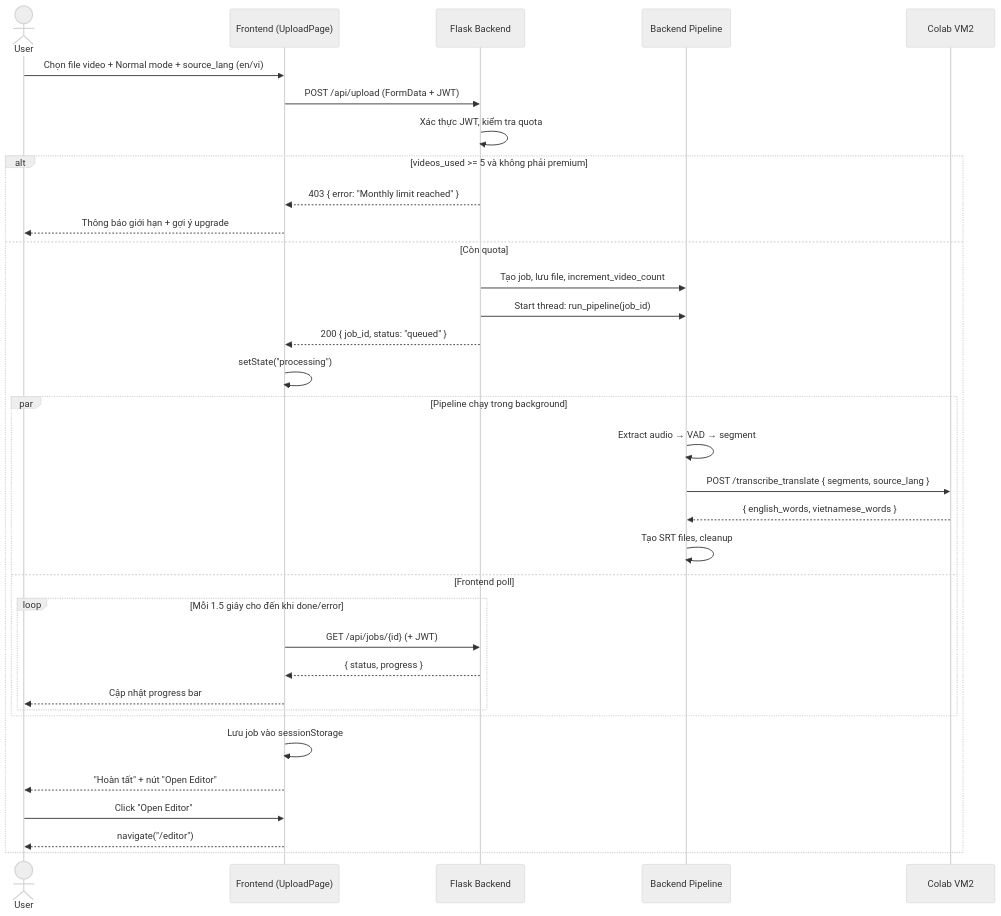
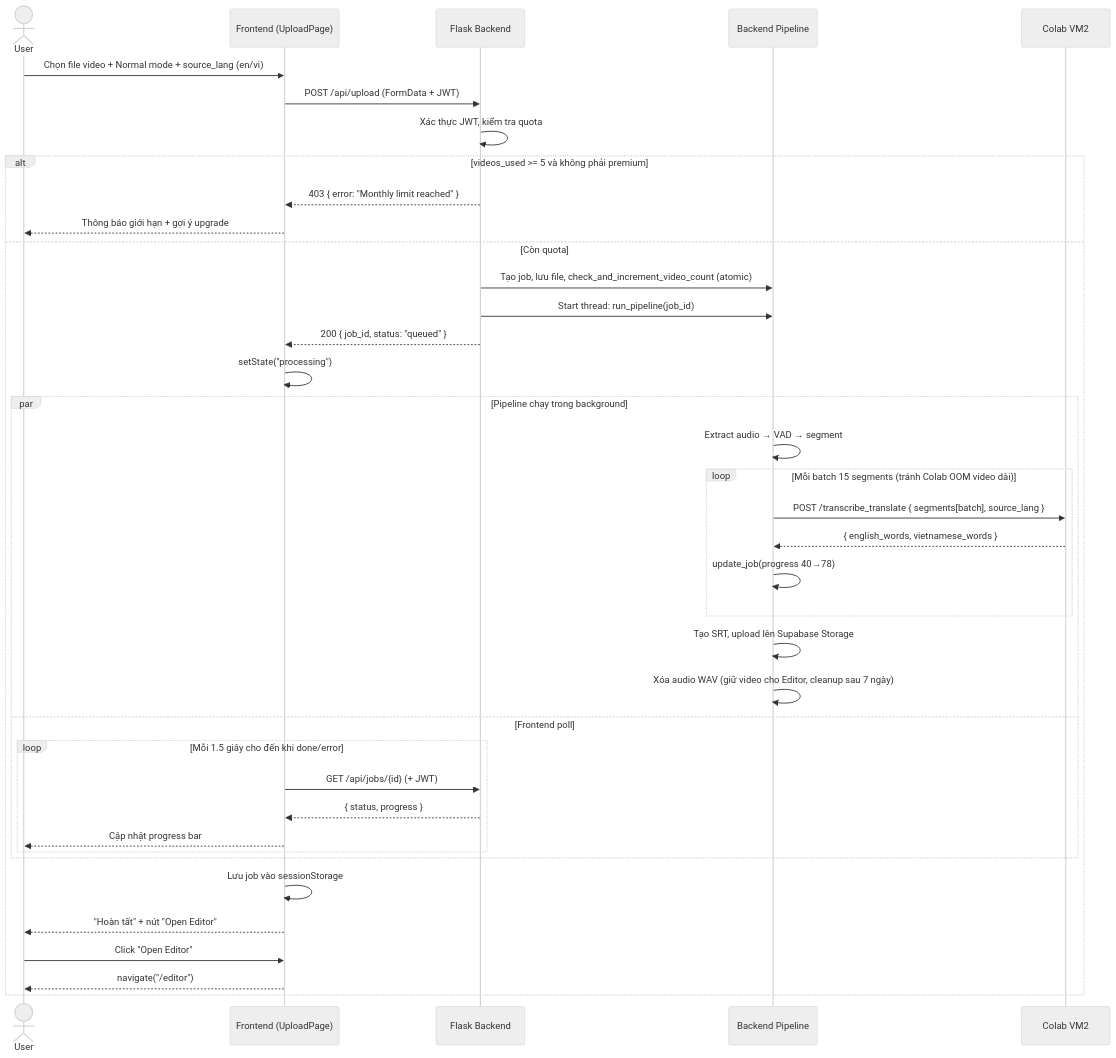
The sixth of 23 diagrams in docs/system-flows.md (SonDinh1129/subtitle-project), drawn with Mermaid (neutral theme) before and after one commit. The commit also changed other lines of this file and 3 other files, not shown here.

````diff
--- a/docs/system-flows.md
+++ b/docs/system-flows.md
@@ -201,39 +201,43 @@
 ```mermaid
 sequenceDiagram
     actor User
     participant FE as Frontend (UploadPage)
     participant Flask as Flask Backend
     participant Pipeline as Backend Pipeline
     participant VM2 as Colab VM2
 
     User->>FE: Chọn file video + Normal mode + source_lang (en/vi)
     FE->>Flask: POST /api/upload (FormData + JWT)
     Flask->>Flask: Xác thực JWT, kiểm tra quota
     alt videos_used >= 5 và không phải premium
         Flask-->>FE: 403 { error: "Monthly limit reached" }
         FE-->>User: Thông báo giới hạn + gợi ý upgrade
     else Còn quota
-        Flask->>Pipeline: Tạo job, lưu file, increment_video_count
+        Flask->>Pipeline: Tạo job, lưu file, check_and_increment_video_count (atomic)
         Flask->>Pipeline: Start thread: run_pipeline(job_id)
         Flask-->>FE: 200 { job_id, status: "queued" }
         FE->>FE: setState("processing")
 
         par Pipeline chạy trong background
             Pipeline->>Pipeline: Extract audio → VAD → segment
-            Pipeline->>VM2: POST /transcribe_translate { segments, source_lang }
-            VM2-->>Pipeline: { english_words, vietnamese_words }
-            Pipeline->>Pipeline: Tạo SRT files, cleanup
+            loop Mỗi batch 15 segments (tránh Colab OOM video dài)
+                Pipeline->>VM2: POST /transcribe_translate { segments[batch], source_lang }
+                VM2-->>Pipeline: { english_words, vietnamese_words }
+                Pipeline->>Pipeline: update_job(progress 40→78)
+            end
+            Pipeline->>Pipeline: Tạo SRT, upload lên Supabase Storage
+            Pipeline->>Pipeline: Xóa audio WAV (giữ video cho Editor, cleanup sau 7 ngày)
         and Frontend poll
             loop Mỗi 1.5 giây cho đến khi done/error
                 FE->>Flask: GET /api/jobs/{id} (+ JWT)
                 Flask-->>FE: { status, progress }
                 FE-->>User: Cập nhật progress bar
             end
         end
 
         FE->>FE: Lưu job vào sessionStorage
         FE-->>User: "Hoàn tất" + nút "Open Editor"
         User->>FE: Click "Open Editor"
         FE-->>User: navigate("/editor")
     end
 ```
````
